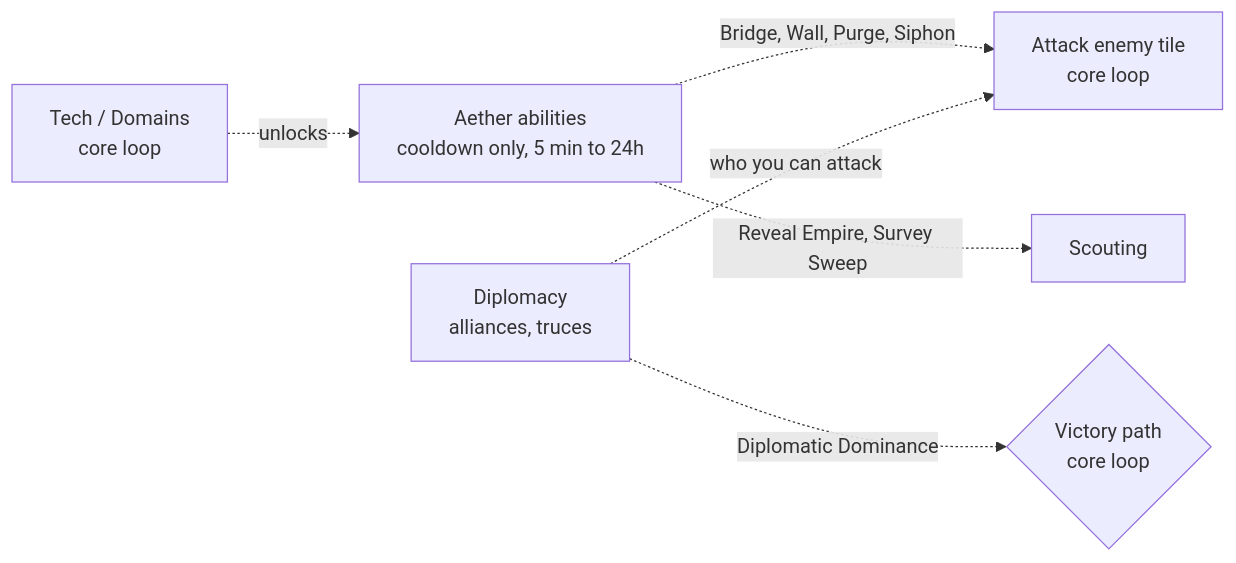
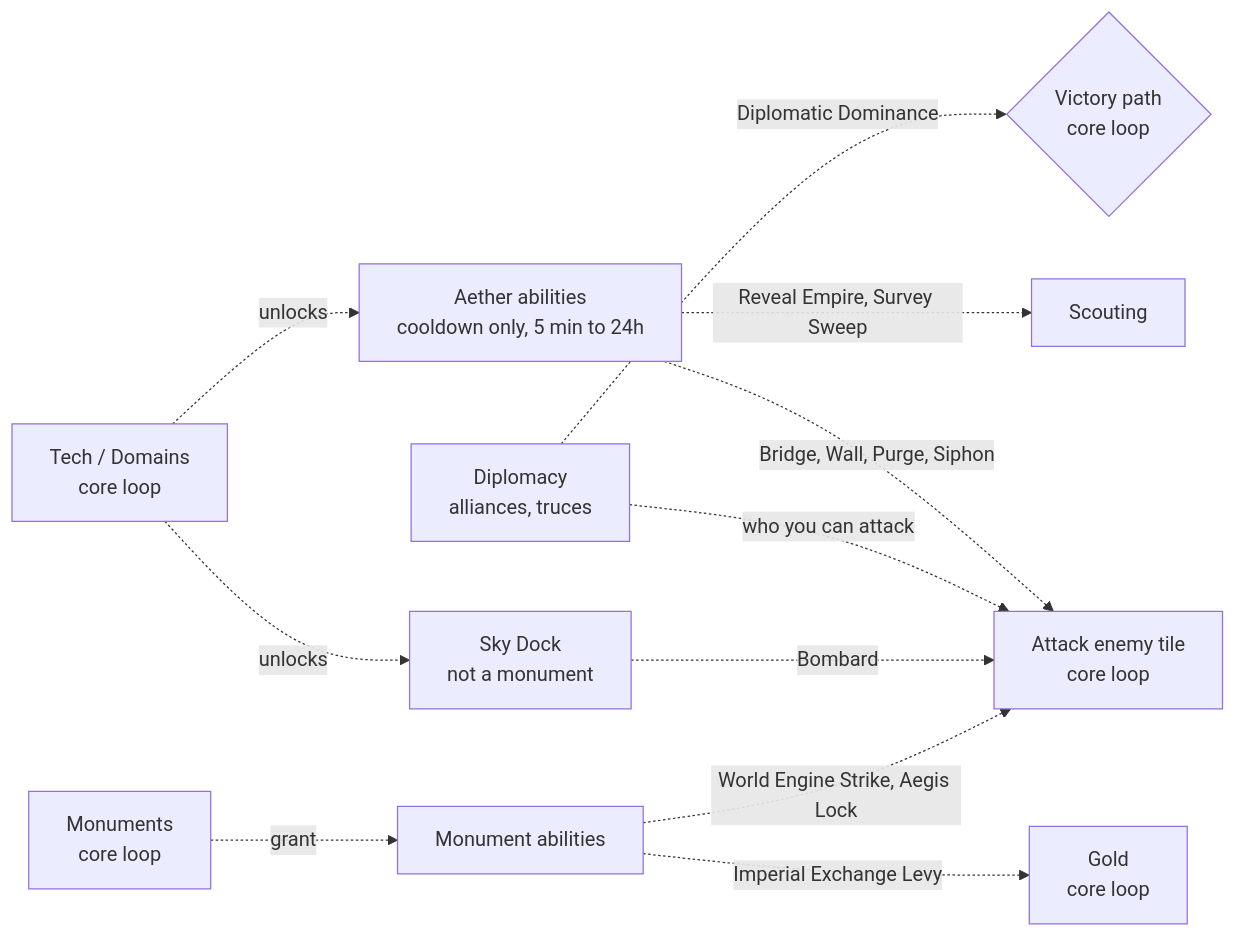
One commit to BenjaminWaye/border-empires changed the second of 2 diagrams in docs/core-loop.md. Above: the diagram before and after it, drawn with Mermaid. The commit also changed other lines of this file, not shown here.

First line of the commit message:
Core loop doc: captured tiles land as FRONTIER, real town-growth drivers, rush-buy, monuments, Sky Dock, waystations, shards

````diff
--- a/docs/core-loop.md
+++ b/docs/core-loop.md
@@ -108,8 +119,13 @@
 ```mermaid
 flowchart LR
     H[Tech / Domains<br/>core loop] -.->|unlocks| AB[Aether abilities<br/>cooldown only, 5 min to 24h]
     AB -.->|Bridge, Wall, Purge, Siphon| I[Attack enemy tile<br/>core loop]
     AB -.->|Reveal Empire, Survey Sweep| SC[Scouting]
     DP[Diplomacy<br/>alliances, truces] -.->|who you can attack| I
     DP -.->|Diplomatic Dominance| V{Victory path<br/>core loop}
+    H -.->|unlocks| SD[Sky Dock<br/>not a monument]
+    SD -.->|Bombard| I
+    MON[Monuments<br/>core loop] -.->|grant| MA[Monument abilities]
+    MA -.->|World Engine Strike, Aegis Lock| I
+    MA -.->|Imperial Exchange Levy| G[Gold<br/>core loop]
 ```
````
